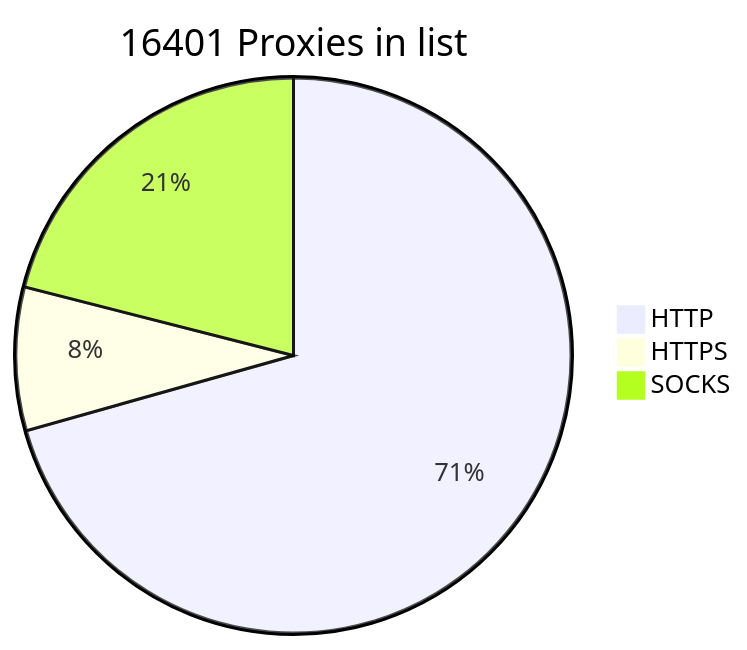
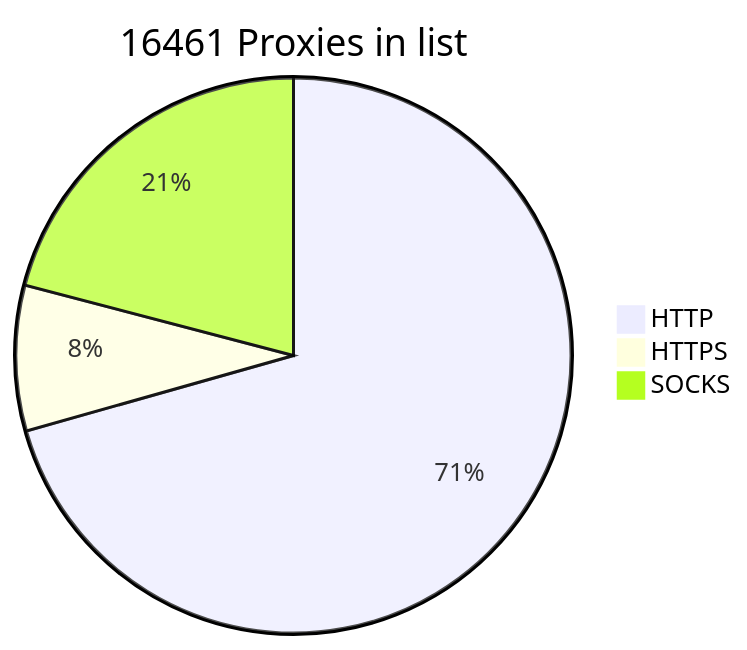
The diagram in README.md (BlackSnowDot/proxylist-update-every-minute), drawn with Mermaid before and after one commit.

````diff
--- a/README.md
+++ b/README.md
@@ -2,6 +2,6 @@
 ```mermaid
-pie title 16401 Proxies in list
-    "HTTP" : 11856
-    "HTTPS": 1401
+pie title 16461 Proxies in list
+    "HTTP" : 11912
+    "HTTPS": 1428
     "SOCKS" : 3529
 ```
````
